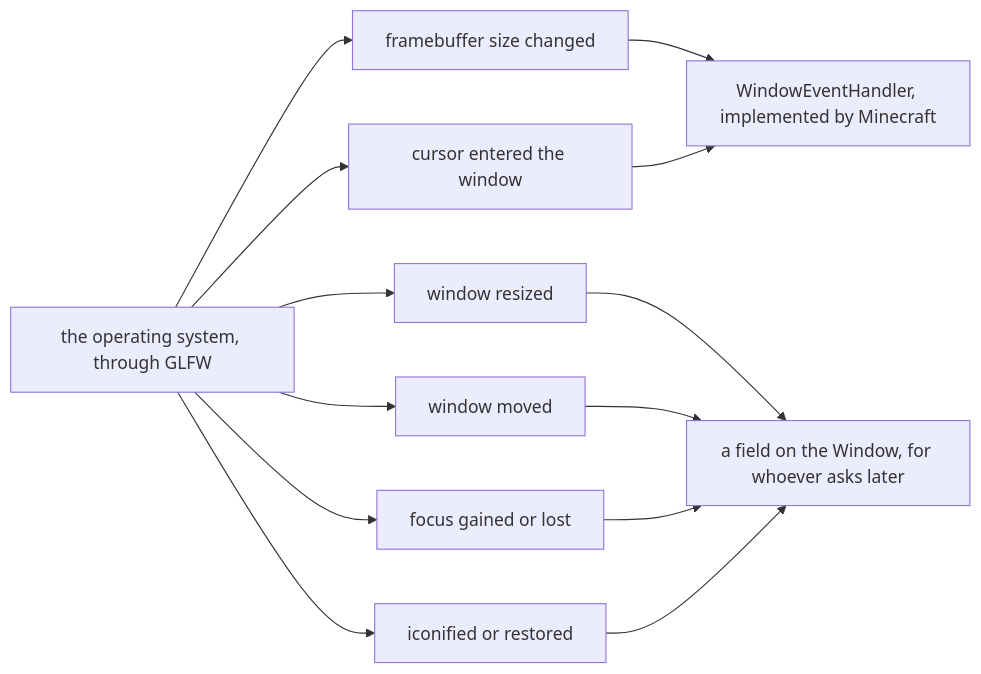
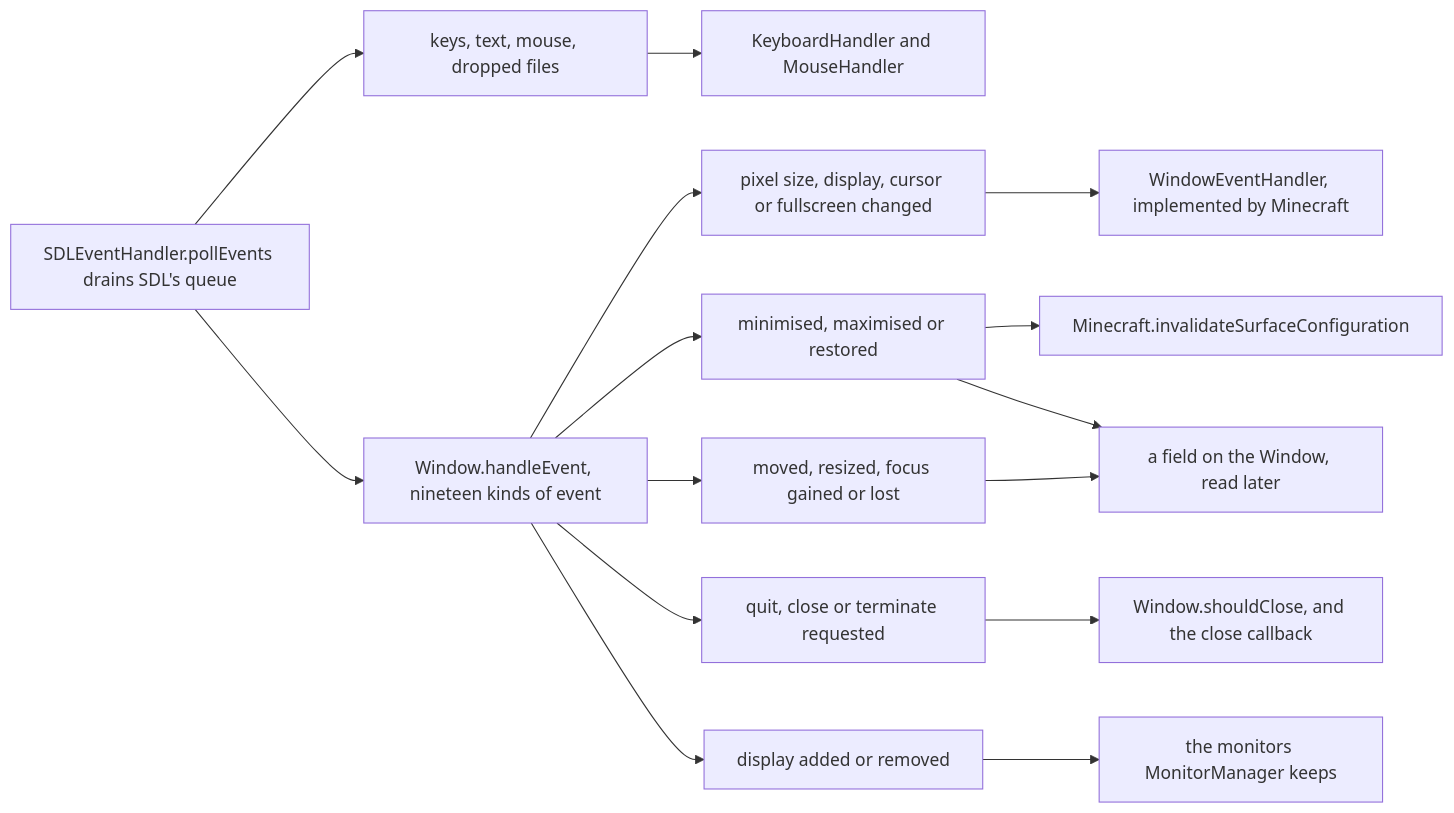
One commit to AlexanderjFraser/MinecraftDocs changed the second of 2 diagrams in src/systems/rendering/the-window.md. Above: the diagram before and after it, drawn with Mermaid. The commit also changed other lines of this file and 68 other files, not shown here.

````diff
--- a/src/systems/rendering/the-window.md
+++ b/src/systems/rendering/the-window.md
@@ -148,18 +154,25 @@
 ```mermaid
 flowchart LR
-    OS["the operating system, through GLFW"]
-    FB["framebuffer size changed"]
-    CE["cursor entered the window"]
-    SZ["window resized"]
-    PS["window moved"]
-    FC["focus gained or lost"]
-    IC["iconified or restored"]
+    SEH["SDLEventHandler.pollEvents drains SDL's queue"]
+    IN["keys, text, mouse, dropped files"]
+    KMH["KeyboardHandler and MouseHandler"]
+    WHE["Window.handleEvent, nineteen kinds of event"]
+    TOLD["pixel size, display, cursor or fullscreen changed"]
     WEH["WindowEventHandler, implemented by Minecraft"]
-    W["a field on the Window, for whoever asks later"]
-    OS --> FB --> WEH
-    OS --> CE --> WEH
-    OS --> SZ --> W
-    OS --> PS --> W
-    OS --> FC --> W
-    OS --> IC --> W
+    IC["minimised, maximised or restored"]
+    MC["Minecraft.invalidateSurfaceConfiguration"]
+    QT["quit, close or terminate requested"]
+    CB["Window.shouldClose, and the close callback"]
+    LOOK["moved, resized, focus gained or lost"]
+    W["a field on the Window, read later"]
+    DS["display added or removed"]
+    MM["the monitors MonitorManager keeps"]
+    SEH --> IN --> KMH
+    SEH --> WHE
+    WHE --> TOLD --> WEH
+    WHE --> IC --> MC
+    IC --> W
+    WHE --> QT --> CB
+    WHE --> LOOK --> W
+    WHE --> DS --> MM
 ```
````
